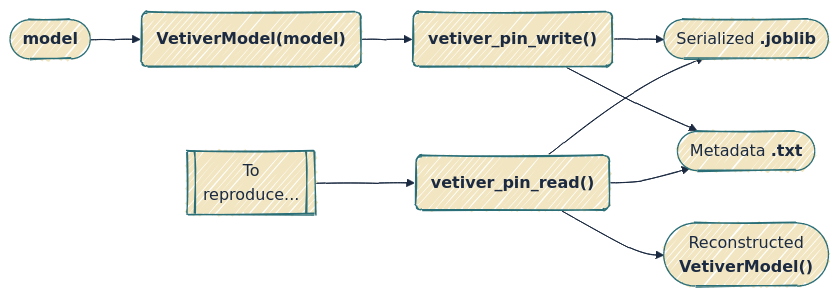
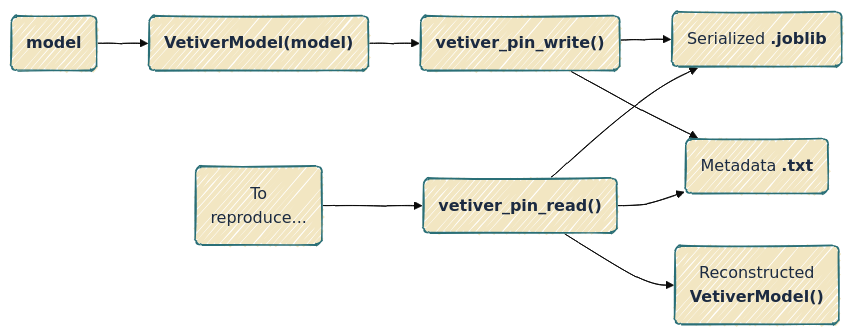
One commit to mjfrigaard/do4ds-labs changed the fourth of 5 diagrams in lab02.qmd. Above: the diagram before and after it, drawn with Mermaid. The commit also changed other lines of this file and 37 other files, not shown here.

Commit message:
updates to mermaid

````diff
--- a/lab02.qmd
+++ b/lab02.qmd
@@ -370,20 +381,21 @@
 ```{mermaid}
 %%| fig-cap: 'vetiver_pin_write()'
 %%| fig-align: center
-%%{init: {'theme': 'base', 'look': 'handDrawn', 'themeVariables': { 'fontFamily': 'monospace', "fontSize":"16px", 'primaryColor': '#F2E6C2', 'primaryBorderColor': '#2A6F77', 'primaryTextColor': '#1B2A41', 'secondaryColor': '#d4e7e4', 'tertiaryColor': '#f5f0e4', 'lineColor': '#1B2A41', 'edgeLabelBackground': '#F2E6C2'}}}%%
+%%{init: {'theme': 'base', 'look': 'handDrawn', 'themeVariables': {'fontFamily': 'monospace'}}}%%
 
 flowchart LR
-    Mod(["<strong>model</strong>"]) --> VetMod("<strong>VetiverModel(model)</strong>")
+    Mod("<strong>model</strong>") --> VetMod("<strong>VetiverModel(model)</strong>")
     VetMod --> VPW("<strong>vetiver_pin_write()</strong>")
-    VPW --> Joblib(["Serialized <strong>.joblib</strong>"])
-    VPW --> Meta(["Metadata <strong>.txt</strong>"])
+    VPW --> Joblib("Serialized <strong>.joblib</strong>")
+    VPW --> Meta("Metadata <strong>.txt</strong>")
     
-    Rep[["To<br>reproduce..."]] --> VPR("<strong>vetiver_pin_read()</strong>")
+    Rep("To<br>reproduce...") --> VPR("<strong>vetiver_pin_read()</strong>")
     VPR --> Joblib
     VPR --> Meta
-    VPR --> Recon(["Reconstructed<br><strong>VetiverModel()</strong>"])
+    VPR --> Recon("Reconstructed<br><strong>VetiverModel()</strong>")
 
     %% Style for outputs %%
+    classDef default fill:#F2E6C2,stroke:#2A6F77,color:#1B2A41
     
 
 ```
````
